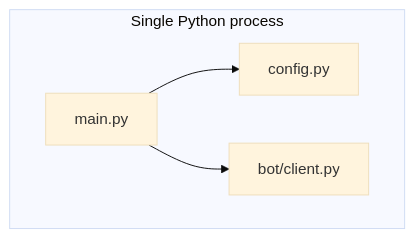
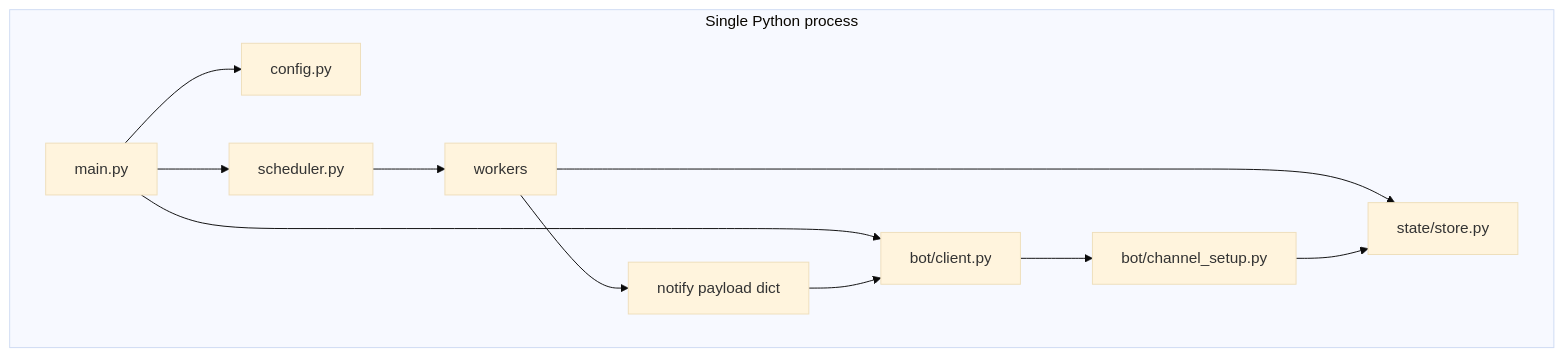
Before and after one commit to Tayboonsiang90/guangdangbot: the diagram in docs/ARCHITECTURE.md, drawn with Mermaid (base theme). The commit also changed other lines of this file and 22 other files, not shown here.

````diff
--- a/docs/ARCHITECTURE.md
+++ b/docs/ARCHITECTURE.md
@@ -9,10 +9,21 @@
 ```mermaid
 flowchart TB
   subgraph process [Single Python process]
     Main[main.py]
     Config[config.py]
     Bot[bot/client.py]
+    ChSetup[bot/channel_setup.py]
+    Sched[scheduler.py]
+    Store[state/store.py]
+    W[workers]
     Main --> Config
     Main --> Bot
+    Main --> Sched
+    Sched --> W
+    W --> Store
+    W --> notify[notify payload dict]
+    notify --> Bot
+    Bot --> ChSetup
+    ChSetup --> Store
   end
 ```
````
